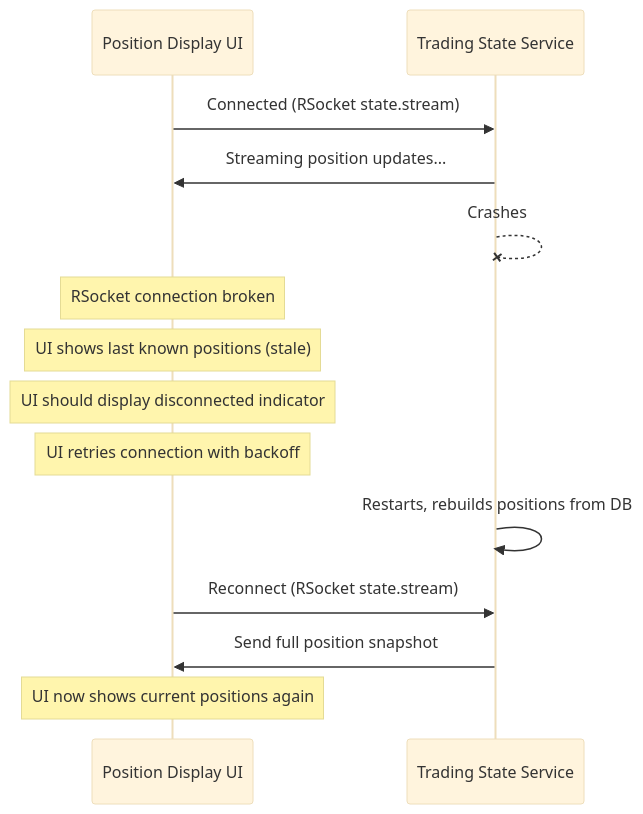
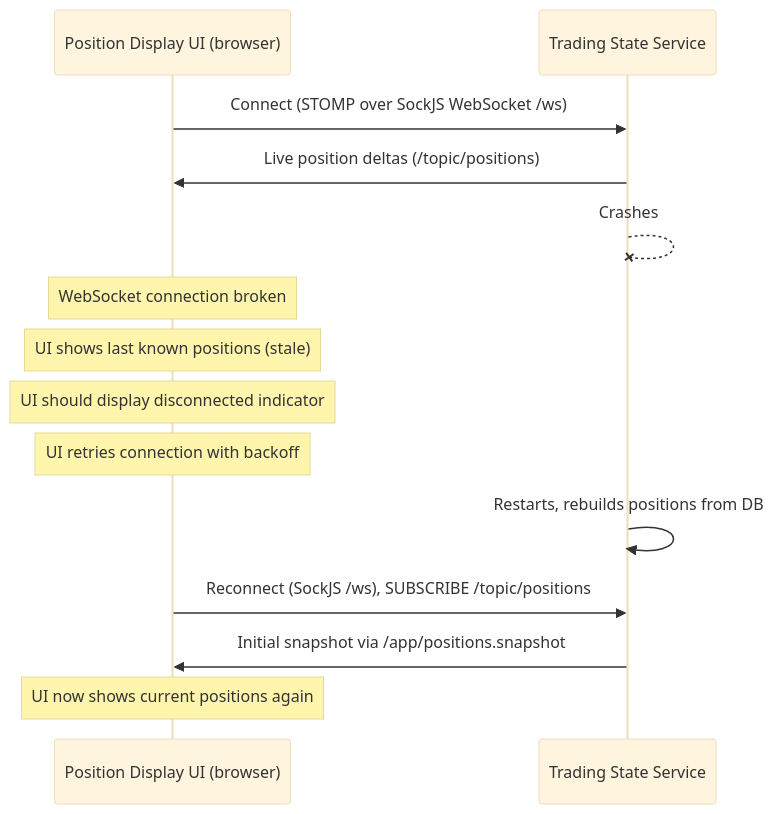
The eighth of 11 diagrams in docs/error-cases.md (S26-Distributed-Capstone/Velocity-Trading), drawn with Mermaid (base theme) before and after one commit. The commit also changed other lines of this file and 1 other file, not shown here.

````diff
--- a/docs/error-cases.md
+++ b/docs/error-cases.md
@@ -160,16 +160,16 @@
 ```mermaid
 sequenceDiagram
-  participant frontend as Position Display UI
+  participant frontend as Position Display UI (browser)
   participant state as Trading State Service
-  frontend->>state: Connected (RSocket state.stream)
-  state->>frontend: Streaming position updates...
+  frontend->>state: Connect (STOMP over SockJS WebSocket /ws)
+  state->>frontend: Live position deltas (/topic/positions)
   state--xstate: Crashes
-  Note over frontend: RSocket connection broken
+  Note over frontend: WebSocket connection broken
   Note over frontend: UI shows last known positions (stale)
   Note over frontend: UI should display disconnected indicator
   Note over frontend: UI retries connection with backoff
   state->>state: Restarts, rebuilds positions from DB
-  frontend->>state: Reconnect (RSocket state.stream)
-  state->>frontend: Send full position snapshot
+  frontend->>state: Reconnect (SockJS /ws), SUBSCRIBE /topic/positions
+  state->>frontend: Initial snapshot via /app/positions.snapshot
   Note over frontend: UI now shows current positions again
 ```
````
